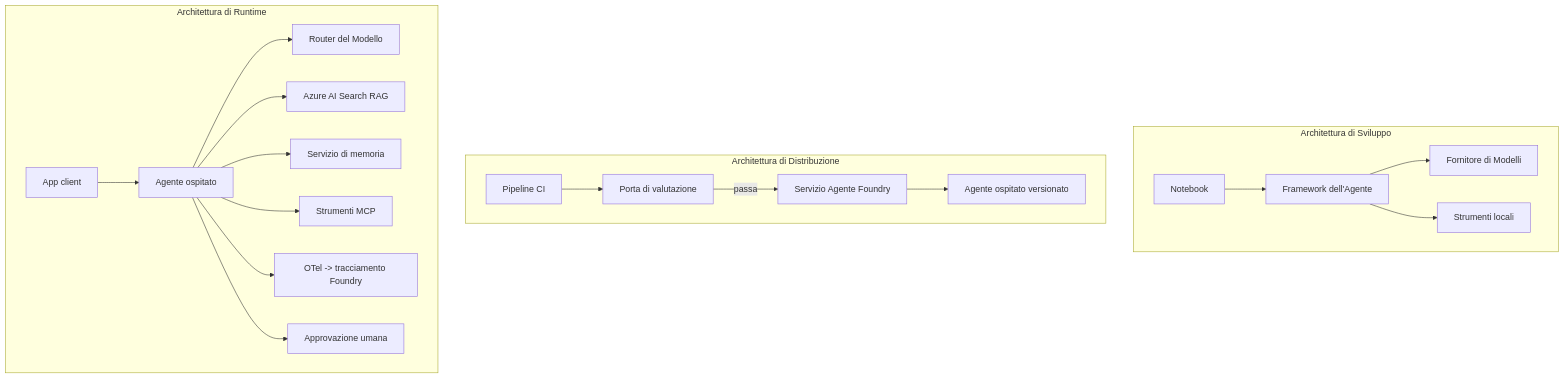
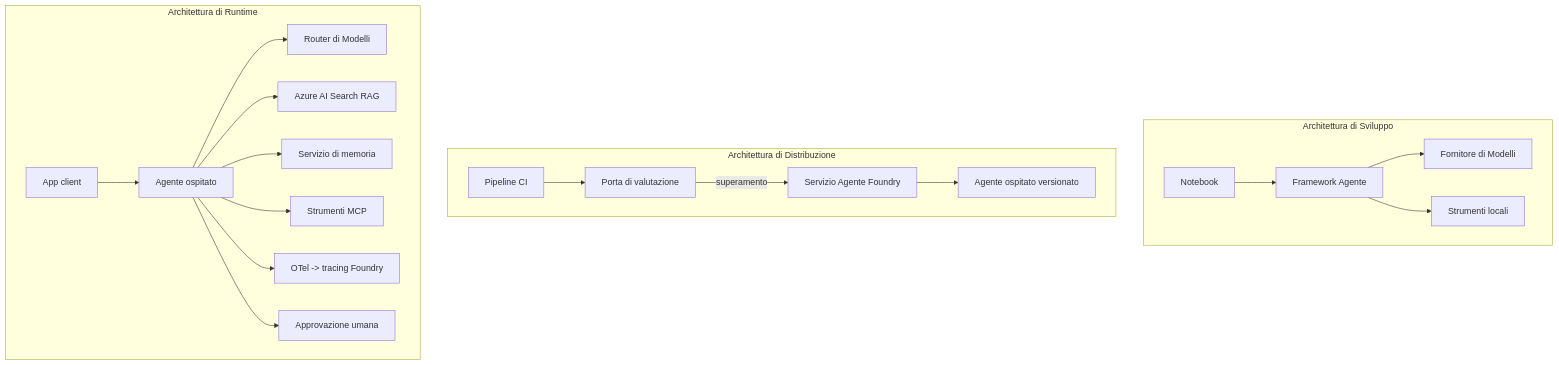
The fourth of 4 diagrams in mirrors/repos/microsoft@ai-agents-for-beginners/translations/it/16-deploying-scalable-agents/README.md (gabrielmoreira/agent-skills-mirror), drawn with Mermaid before and after one commit. The commit also changed other lines of this file and 4262 other files, not shown here.

````diff
--- a/mirrors/repos/microsoft@ai-agents-for-beginners/translations/it/16-deploying-scalable-agents/README.md
+++ b/mirrors/repos/microsoft@ai-agents-for-beginners/translations/it/16-deploying-scalable-agents/README.md
@@ -185,22 +185,22 @@
 ```mermaid
 flowchart TB
     subgraph Dev[Architettura di Sviluppo]
-        D1[Notebook] --> D2[Framework dell'Agente]
+        D1[Notebook] --> D2[Framework Agente]
         D2 --> D3[Fornitore di Modelli]
         D2 --> D4[Strumenti locali]
     end
     subgraph Deploy[Architettura di Distribuzione]
         E1[Pipeline CI] --> E2[Porta di valutazione]
-        E2 -->|passa| E3[Servizio Agente Foundry]
+        E2 -->|superamento| E3[Servizio Agente Foundry]
         E3 --> E4[Agente ospitato versionato]
     end
     subgraph Run[Architettura di Runtime]
         F1[App client] --> F2[Agente ospitato]
-        F2 --> F3[Router del Modello]
+        F2 --> F3[Router di Modelli]
         F2 --> F4[Azure AI Search RAG]
         F2 --> F5[Servizio di memoria]
         F2 --> F6[Strumenti MCP]
-        F2 --> F7[OTel -> tracciamento Foundry]
+        F2 --> F7[OTel -> tracing Foundry]
         F2 --> F8[Approvazione umana]
     end
 ```
````
